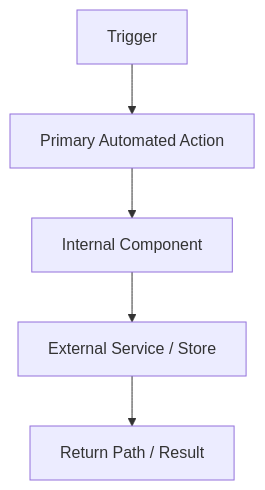
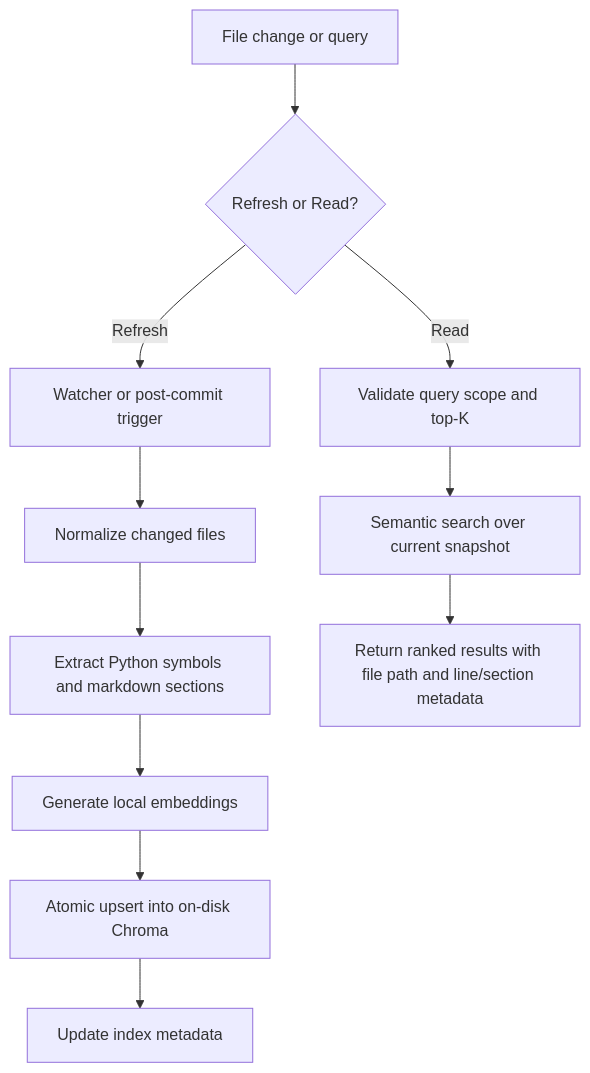
Before and after one commit to aborczuk/app-foundation: the diagram in specs/020-codebase-vector-index/plan.md, drawn with Mermaid. The commit also changed other lines of this file and 7 other files, not shown here.

````diff
--- a/specs/020-codebase-vector-index/plan.md
+++ b/specs/020-codebase-vector-index/plan.md
@@ -160,7 +174,13 @@
 ```mermaid
 flowchart TD
-    A[Trigger] --> B[Primary Automated Action]
-    B --> C[Internal Component]
-    C --> D[External Service / Store]
-    D --> E[Return Path / Result]
+    A[File change or query] --> B{Refresh or Read?}
+    B -->|Refresh| C[Watcher or post-commit trigger]
+    C --> D[Normalize changed files]
+    D --> E[Extract Python symbols and markdown sections]
+    E --> F[Generate local embeddings]
+    F --> G[Atomic upsert into on-disk Chroma]
+    G --> H[Update index metadata]
+    B -->|Read| I[Validate query scope and top-K]
+    I --> J[Semantic search over current snapshot]
+    J --> K[Return ranked results with file path and line/section metadata]
 ```
````
